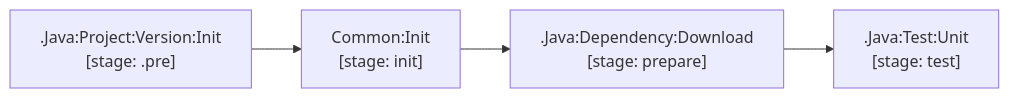
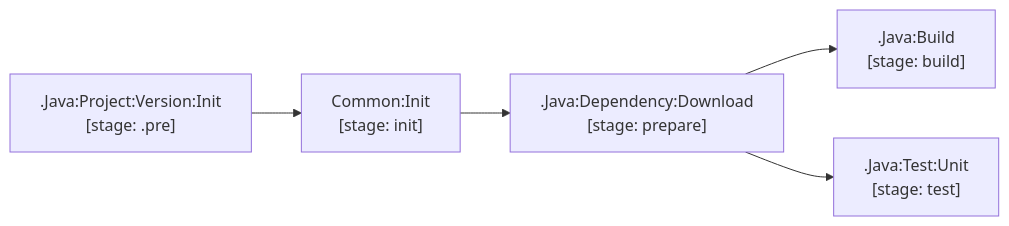
One commit to grootan-devops/gitlab-ci-library changed the diagram in docs/modules/java.md. Above: the diagram before and after it, drawn with Mermaid. The commit also changed other lines of this file and 26 other files, not shown here.

````diff
--- a/docs/modules/java.md
+++ b/docs/modules/java.md
@@ -9,6 +9,7 @@
 ```mermaid
 flowchart LR
     JPVI[".Java:Project:Version:Init<br/>[stage: .pre]"] --> CI["Common:Init<br/>[stage: init]"]
     CI --> JDD[".Java:Dependency:Download<br/>[stage: prepare]"]
+    JDD --> JB[".Java:Build<br/>[stage: build]"]
     JDD --> JTU[".Java:Test:Unit<br/>[stage: test]"]
 ```
````
